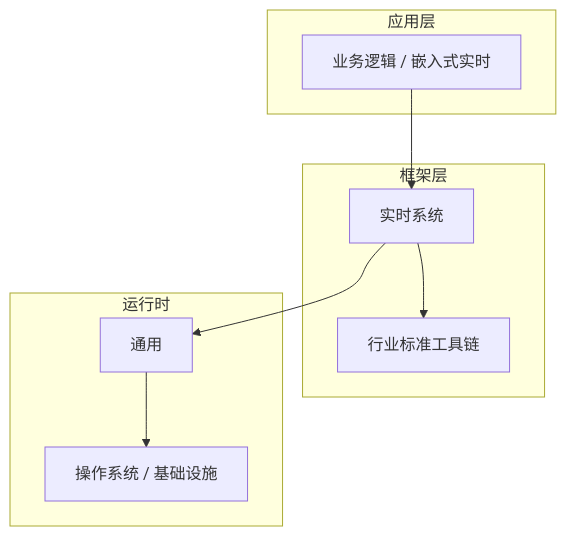
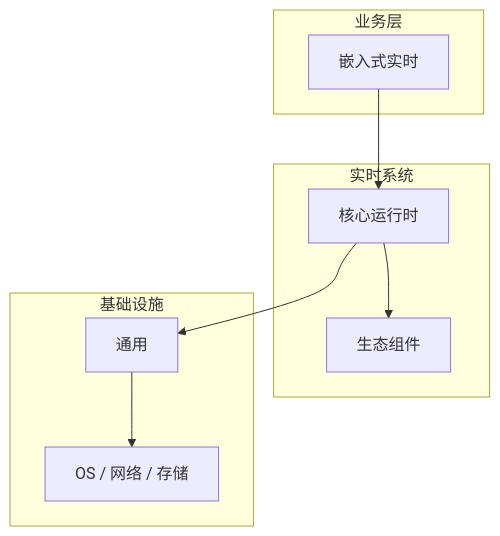
One commit to yanggan2015/knowledge-json-v2 changed the diagram in articles/实时系统/chapters/073-嵌入式实时核心概念与原理.md. Above: the diagram before and after it, drawn with Mermaid. The commit also changed other lines of this file and 10127 other files, not shown here.

````diff
--- a/articles/实时系统/chapters/073-嵌入式实时核心概念与原理.md
+++ b/articles/实时系统/chapters/073-嵌入式实时核心概念与原理.md
@@ -45,18 +34,18 @@
 ```mermaid
 graph TB
-    subgraph 应用层
-        A[业务逻辑 / 嵌入式实时]
+    subgraph 业务层
+        A[嵌入式实时]
     end
-    subgraph 框架层
-        B[实时系统]
-        C[行业标准工具链]
+    subgraph 实时系统
+        B[核心运行时]
+        C[生态组件]
     end
-    subgraph 运行时
+    subgraph 基础设施
         D[通用]
-        E[操作系统 / 基础设施]
+        E[OS / 网络 / 存储]
     end
     A --> B
     B --> C
     B --> D
     D --> E
 ```
````
